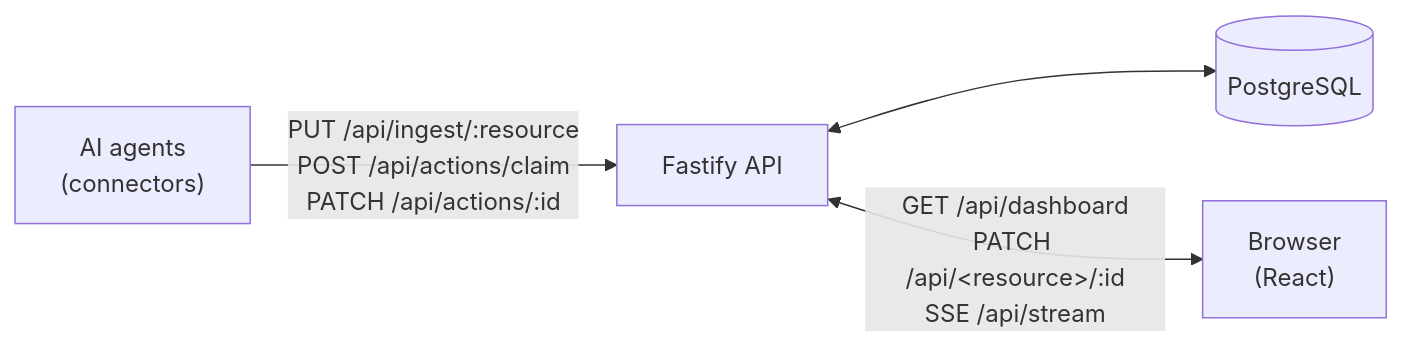
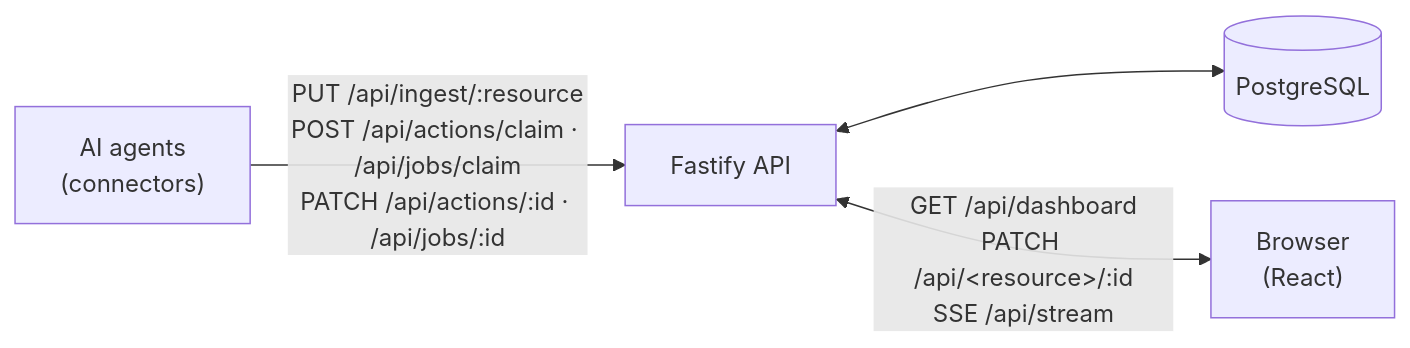
Before and after one commit to marcomanfrin/my-personal-dashboard: the diagram in README.md, drawn with Mermaid. The commit also changed other lines of this file and 40 other files, not shown here.

First line of the commit message:
Add delegated jobs: hand dashboard records to agents

````diff
--- a/README.md
+++ b/README.md
@@ -28,11 +31,11 @@
 ```mermaid
 flowchart LR
   agents["AI agents<br>(connectors)"]
   api["Fastify API"]
   db[("PostgreSQL")]
   browser["Browser<br>(React)"]
 
-  agents -- "PUT /api/ingest/:resource<br>POST /api/actions/claim<br>PATCH /api/actions/:id" --> api
+  agents -- "PUT /api/ingest/:resource<br>POST /api/actions/claim · /api/jobs/claim<br>PATCH /api/actions/:id · /api/jobs/:id" --> api
   api <--> db
   api <-- "GET /api/dashboard<br>PATCH /api/&lt;resource&gt;/:id<br>SSE /api/stream" --> browser
 ```
````
